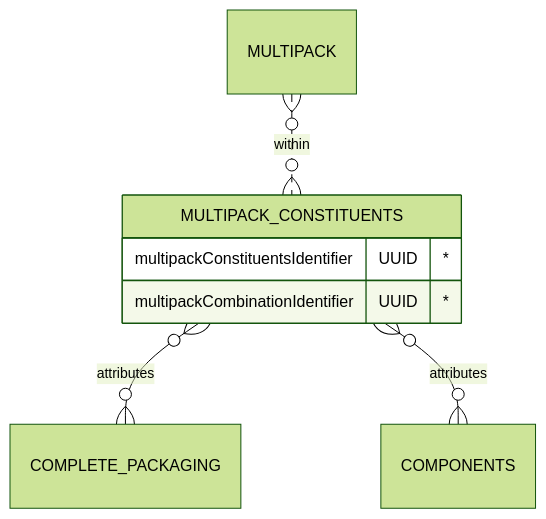
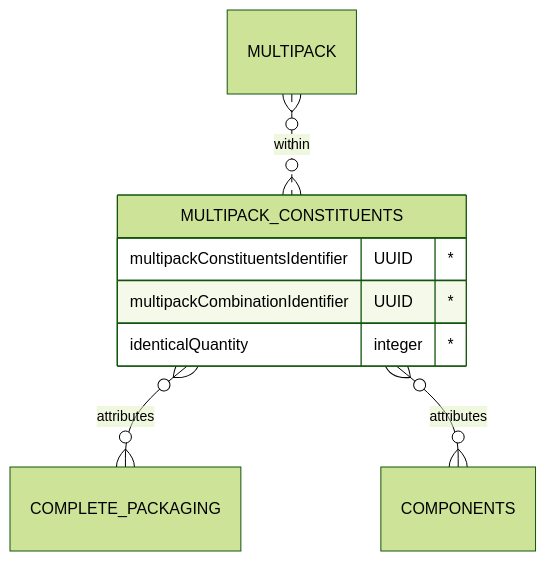
The diagram in docs/6_Relationship_Lists/6_004_Multipack_Constituents.md (OpenDataManchester/Open3P), drawn with Mermaid (forest theme) before and after one commit. The commit also changed other lines of this file and 1 other file, not shown here.

Commit message:
moved identicalQuantity from multipack to constituents

````diff
--- a/docs/6_Relationship_Lists/6_004_Multipack_Constituents.md
+++ b/docs/6_Relationship_Lists/6_004_Multipack_Constituents.md
@@ -18,11 +19,12 @@
 ``` mermaid
 erDiagram
 
   MULTIPACK }o..o{ MULTIPACK_CONSTITUENTS : within
   MULTIPACK_CONSTITUENTS {
     multipackConstituentsIdentifier UUID "*"
     multipackCombinationIdentifier UUID "*"
+    identicalQuantity integer "*"
   }
   MULTIPACK_CONSTITUENTS }o--o{ COMPLETE_PACKAGING : attributes
   MULTIPACK_CONSTITUENTS }o--o{ COMPONENTS : attributes
 ```
````
